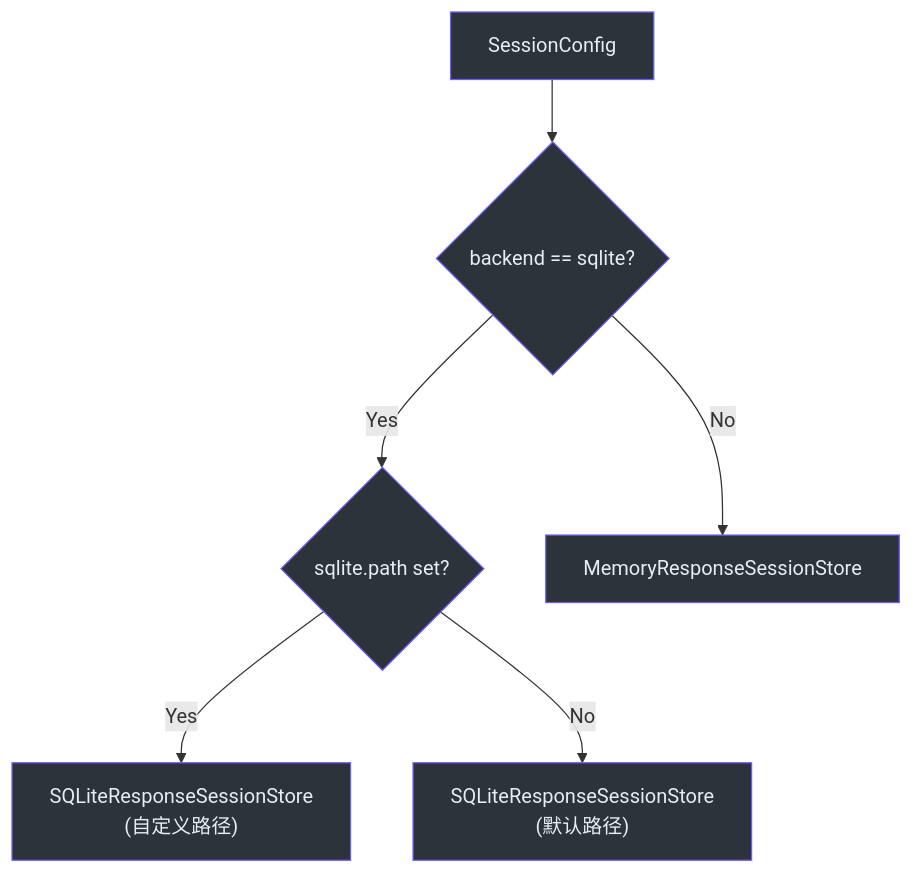
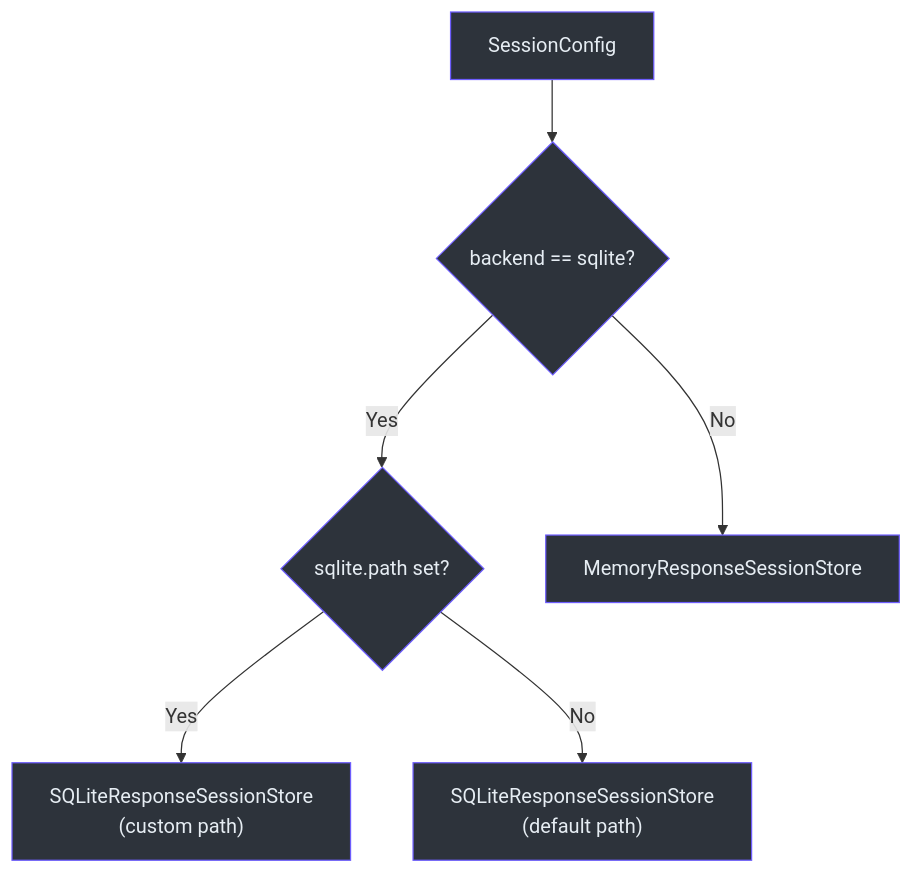
Before and after one commit to Ahoo-Wang/GodeX: the third of 3 diagrams in wiki/zh/04-session-management/session-stores.md, drawn with Mermaid. The commit also changed other lines of this file and 36 other files, not shown here.

````diff
--- a/wiki/zh/04-session-management/session-stores.md
+++ b/wiki/zh/04-session-management/session-stores.md
@@ -165,15 +165,15 @@
 ```mermaid
 flowchart TD
     cfg["SessionConfig"] --> backend{"backend == sqlite?"}
     backend -->|Yes| path{"sqlite.path set?"}
-    path -->|Yes| sqlite_path["SQLiteResponseSessionStore<br>(自定义路径)"]
-    path -->|No| sqlite_default["SQLiteResponseSessionStore<br>(默认路径)"]
+    path -->|Yes| sqlite_path["SQLiteResponseSessionStore<br>(custom path)"]
+    path -->|No| sqlite_default["SQLiteResponseSessionStore<br>(default path)"]
     backend -->|No| memory["MemoryResponseSessionStore"]
 
     style cfg fill:#2d333b,stroke:#6d5dfc,color:#e6edf3
     style backend fill:#2d333b,stroke:#6d5dfc,color:#e6edf3
     style path fill:#2d333b,stroke:#6d5dfc,color:#e6edf3
     style sqlite_path fill:#2d333b,stroke:#6d5dfc,color:#e6edf3
     style sqlite_default fill:#2d333b,stroke:#6d5dfc,color:#e6edf3
     style memory fill:#2d333b,stroke:#6d5dfc,color:#e6edf3
 ```
````
